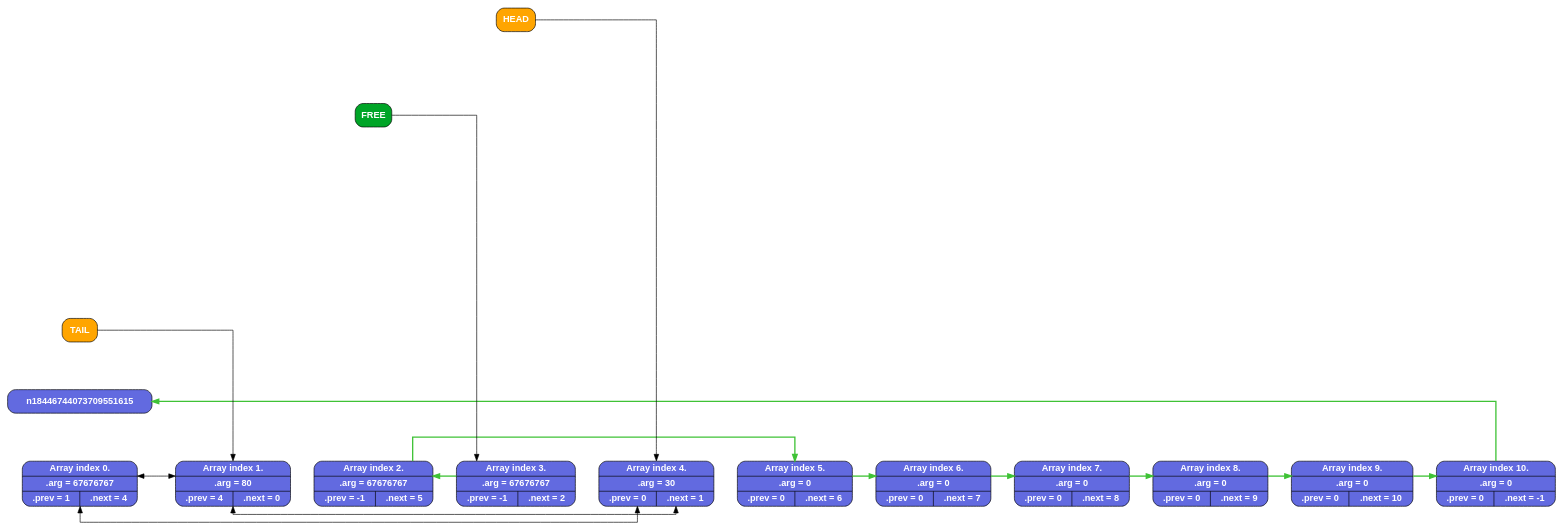
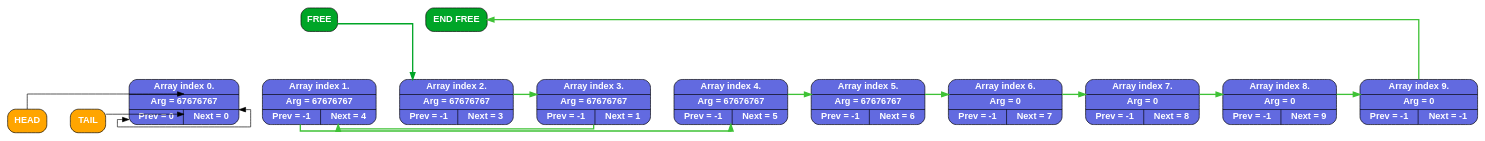
Before and after one commit to tikuznezov/Double_link_list: the diagram in DL_list.gv, drawn with Graphviz. The commit also changed 5 other files, not shown here.

```diff
--- a/DL_list.gv
+++ b/DL_list.gv
@@ -1,31 +1,32 @@
 
 
-digraph 317 {
-rankdir=LR; splines=ortho; nodesep = 1; bgcolor="#FFFFFF";node [shape = Mrecord, style = filled, fillcolor = "#626ae0", fontcolor = "#ffffff", fontname="Helvetica-Bold"];n0     [label="Array index     0.| .arg = 67676767 |{ .prev =     1 | .next =     4}"];
-n1     [label="Array index     1.| .arg =       80 |{ .prev =     4 | .next =     0}"];
-n2     [label="Array index     2.| .arg = 67676767 |{ .prev =    -1 | .next =     5}"];
-n3     [label="Array index     3.| .arg = 67676767 |{ .prev =    -1 | .next =     2}"];
-n4     [label="Array index     4.| .arg =       30 |{ .prev =     0 | .next =     1}"];
-n5     [label="Array index     5.| .arg =        0 |{ .prev =     0 | .next =     6}"];
-n6     [label="Array index     6.| .arg =        0 |{ .prev =     0 | .next =     7}"];
-n7     [label="Array index     7.| .arg =        0 |{ .prev =     0 | .next =     8}"];
-n8     [label="Array index     8.| .arg =        0 |{ .prev =     0 | .next =     9}"];
-n9     [label="Array index     9.| .arg =        0 |{ .prev =     0 | .next =    10}"];
-n10    [label="Array index    10.| .arg =        0 |{ .prev =     0 | .next =    -1}"];
+digraph 363 {
+rankdir=LR; splines=ortho; nodesep = 1; bgcolor="#FFFFFF";node [shape = Mrecord, style = filled, fillcolor = "#626ae0", fontcolor = "#ffffff", fontname="Helvetica-Bold"];n0     [label="Array index     0.| Arg = 67676767 |{ Prev =     0 | Next =     0}"];
+n1     [label="Array index     1.| Arg = 67676767 |{ Prev =    -1 | Next =     4}"];
+n2     [label="Array index     2.| Arg = 67676767 |{ Prev =    -1 | Next =     3}"];
+n3     [label="Array index     3.| Arg = 67676767 |{ Prev =    -1 | Next =     1}"];
+n4     [label="Array index     4.| Arg = 67676767 |{ Prev =    -1 | Next =     5}"];
+n5     [label="Array index     5.| Arg = 67676767 |{ Prev =    -1 | Next =     6}"];
+n6     [label="Array index     6.| Arg =        0 |{ Prev =    -1 | Next =     7}"];
+n7     [label="Array index     7.| Arg =        0 |{ Prev =    -1 | Next =     8}"];
+n8     [label="Array index     8.| Arg =        0 |{ Prev =    -1 | Next =     9}"];
+n9     [label="Array index     9.| Arg =        0 |{ Prev =    -1 | Next =    -1}"];
 n0 -> n1 [style=invis, weight=100];
 n1 -> n2 [style=invis, weight=100];
 n2 -> n3 [style=invis, weight=100];
 n3 -> n4 [style=invis, weight=100];
 n4 -> n5 [style=invis, weight=100];
 n5 -> n6 [style=invis, weight=100];
 n6 -> n7 [style=invis, weight=100];
 n7 -> n8 [style=invis, weight=100];
 n8 -> n9 [style=invis, weight=100];
-n9 -> n10 [style=invis, weight=100];
-n4 -> n1 [constraint=false, dir=both];n1 -> n0 [constraint=false, dir=both];n0 -> n4 [constraint=false, dir=both];n3 -> n2 [constraint=false, color = "#3fc236", style = bold];n2 -> n5 [constraint=false, color = "#3fc236", style = bold];n5 -> n6 [constraint=false, color = "#3fc236", style = bold];n6 -> n7 [constraint=false, color = "#3fc236", style = bold];n7 -> n8 [constraint=false, color = "#3fc236", style = bold];n8 -> n9 [constraint=false, color = "#3fc236", style = bold];n9 -> n10 [constraint=false, color = "#3fc236", style = bold];n10 -> n18446744073709551615 [constraint=false, color = "#3fc236", style = bold];free [label = "FREE", fillcolor = "#00a527"];
-free:e -> n3:n;
+n0 -> n0 [constraint=false, dir=both];n2 -> n3 [constraint=false, color = "#3fc236", style = bold];n3 -> n1 [constraint=false, color = "#3fc236", style = bold];n1 -> n4 [constraint=false, color = "#3fc236", style = bold];n4 -> n5 [constraint=false, color = "#3fc236", style = bold];n5 -> n6 [constraint=false, color = "#3fc236", style = bold];n6 -> n7 [constraint=false, color = "#3fc236", style = bold];n7 -> n8 [constraint=false, color = "#3fc236", style = bold];n8 -> n9 [constraint=false, color = "#3fc236", style = bold];n9 -> n18446744073709551615 [constraint=false, color = "#3fc236", style = bold];free [label = "FREE", fillcolor = "#00a527"];
+n18446744073709551615 [label="END FREE", fillcolor = "#00a527"];
+free:w -> n18446744073709551615:e [style=invis, weight=100];
+free:e -> n2:n [color = "#00a527", style = bold];
 head [label = "HEAD", fillcolor = orange];
 tail [label = "TAIL", fillcolor = orange];
-head:e -> n4:n;
-tail:e -> n1:n;
+head -> tail [style=invis, weight=100, dir = both];
+head -> n0:n;
+tail -> n0:n;
 }
```
